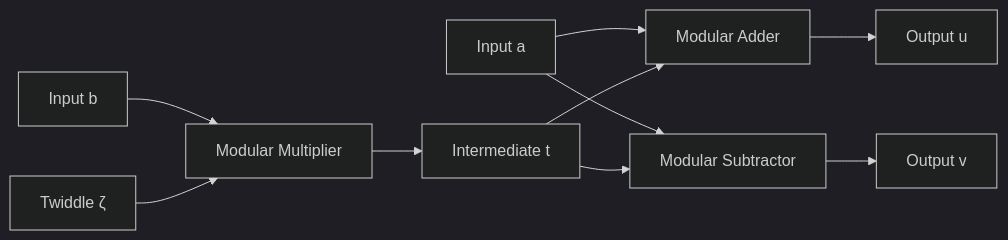
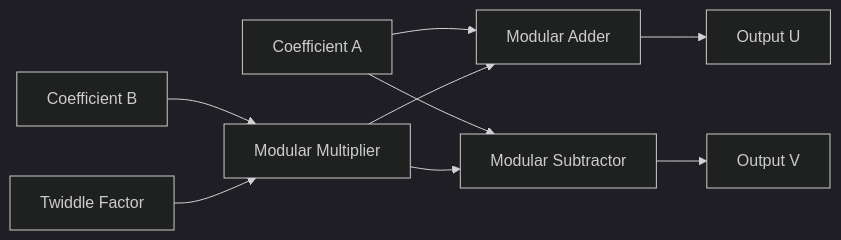
The second of 6 diagrams in README.md (Harshima-Joshi15/riscv-ntt-accelerator), drawn with Mermaid (dark theme) before and after one commit. The commit also changed other lines of this file, not shown here.

````diff
--- a/README.md
+++ b/README.md
@@ -94,12 +92,20 @@
 ```mermaid
 flowchart LR
-    A["Input a"] --> C["Modular Adder"]
-    B["Input b"] --> D["Modular Multiplier"]
-    Z["Twiddle ζ"] --> D
-    D --> E["Intermediate t"]
-    E --> C
-    A --> F["Modular Subtractor"]
-    E --> F
-    C --> U["Output u"]
-    F --> V["Output v"]
+    A["Coefficient A"]
+    B["Coefficient B"]
+    Z["Twiddle Factor"]
+    MULT["Modular Multiplier"]
+    ADD["Modular Adder"]
+    SUB["Modular Subtractor"]
+    U["Output U"]
+    V["Output V"]
+
+    B --> MULT
+    Z --> MULT
+    A --> ADD
+    A --> SUB
+    MULT --> ADD
+    MULT --> SUB
+    ADD --> U
+    SUB --> V
 ```
````
